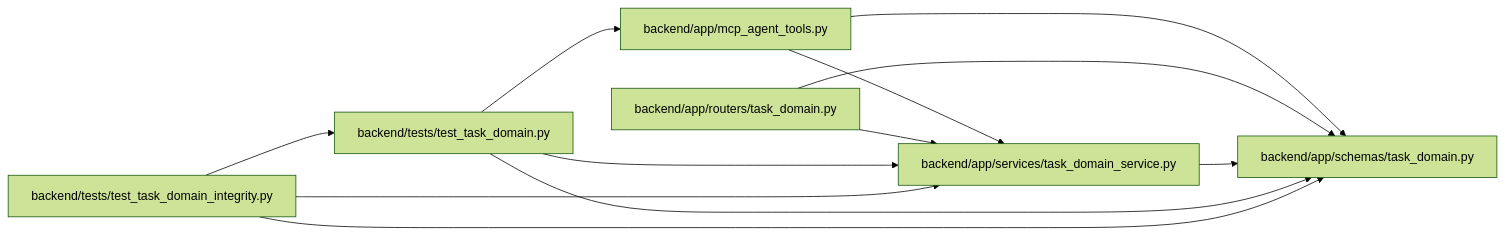
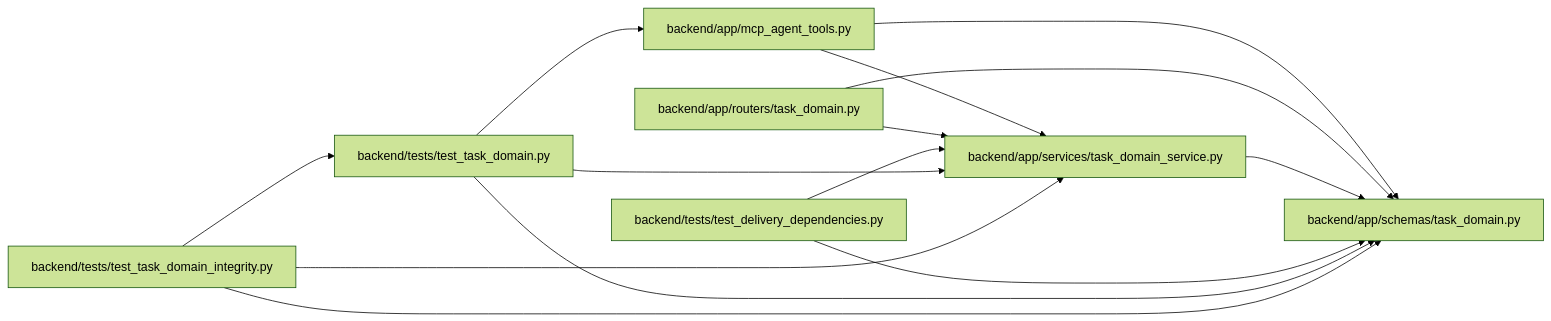
Before and after one commit to Denissvgn/WorkChord: the diagram in docs/llm_wiki/modules/schemas_task_domain.md, drawn with Mermaid (forest theme). The commit also changed other lines of this file and 1888 other files, not shown here.

````diff
--- a/docs/llm_wiki/modules/schemas_task_domain.md
+++ b/docs/llm_wiki/modules/schemas_task_domain.md
@@ -19,26 +19,30 @@
 ```mermaid
 flowchart LR
     n0["backend/app/mcp_agent_tools.py"]
     n1["backend/app/routers/task_domain.py"]
     n2["backend/app/schemas/task_domain.py"]
     n3["backend/app/services/task_domain_service.py"]
-    n4["backend/tests/test_task_domain.py"]
-    n5["backend/tests/test_task_domain_integrity.py"]
+    n4["backend/tests/test_delivery_dependencies.py"]
+    n5["backend/tests/test_task_domain.py"]
+    n6["backend/tests/test_task_domain_integrity.py"]
     n0 --> n2
     n0 --> n3
     n1 --> n2
     n1 --> n3
     n3 --> n2
-    n4 --> n0
     n4 --> n2
     n4 --> n3
+    n5 --> n0
     n5 --> n2
     n5 --> n3
-    n5 --> n4
+    n6 --> n2
+    n6 --> n3
+    n6 --> n5
     click n0 "../modules/mcp_agent_tools.md"
     click n1 "../modules/routers_task_domain.md"
     click n2 "../modules/schemas_task_domain.md"
     click n3 "../modules/task_domain_service.md"
-    click n4 "../modules/test_task_domain.md"
-    click n5 "../modules/test_task_domain_integrity.md"
+    click n4 "../modules/test_delivery_dependencies.md"
+    click n5 "../modules/test_task_domain.md"
+    click n6 "../modules/test_task_domain_integrity.md"
 ```
````
